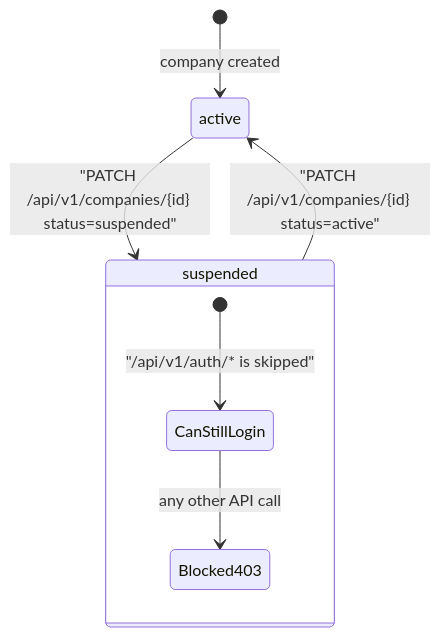
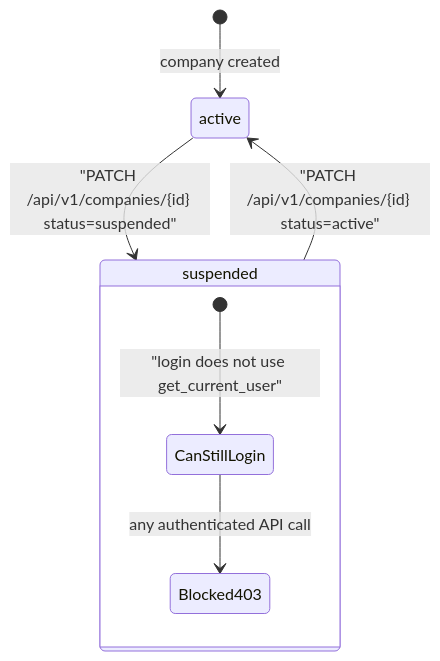
Diagram 13 of 20 in docs/current/04-auth-rbac-tenancy.md (gondolerahul/hire-buddha-app), drawn with Mermaid before and after one commit. The commit also changed other lines of this file and 9 other files, not shown here.

First line of the commit message:
fix(api): suspension is checked once, by the auth dependency (SA-18)

````diff
--- a/docs/current/04-auth-rbac-tenancy.md
+++ b/docs/current/04-auth-rbac-tenancy.md
@@ -1003,11 +973,11 @@
 ```mermaid
 stateDiagram-v2
     [*] --> active: company created
     active --> suspended: "PATCH /api/v1/companies/{id} status=suspended"
     suspended --> active: "PATCH /api/v1/companies/{id} status=active"
 
     state suspended {
-        [*] --> CanStillLogin: "/api/v1/auth/* is skipped"
-        CanStillLogin --> Blocked403: any other API call
+        [*] --> CanStillLogin: "login does not use get_current_user"
+        CanStillLogin --> Blocked403: any authenticated API call
     }
 ```
````
